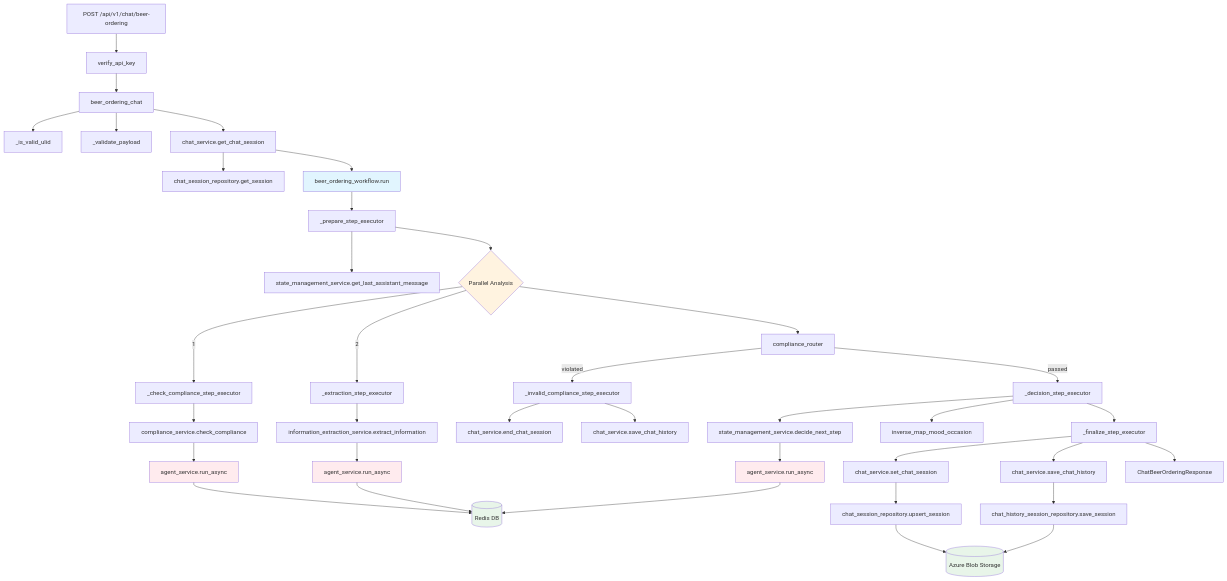
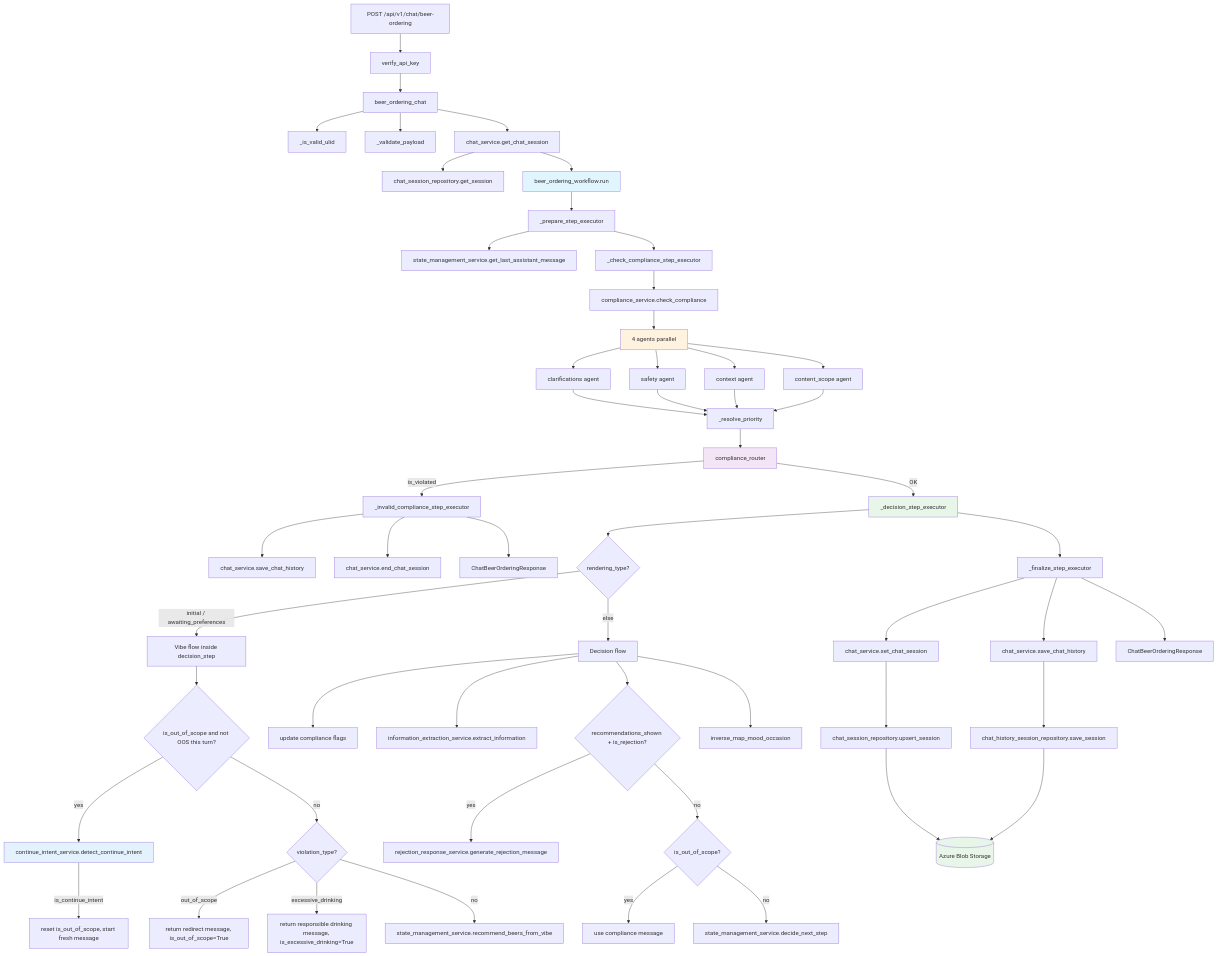
Before and after one commit to theAbyssOfTime2004/myVault: the second of 2 diagrams in 10_Projects/12_TigerTribe_Intern/BrewBuddy SmartTap Overview.md, drawn with Mermaid. The commit also changed other lines of this file and 1 other file, not shown here.

````diff
--- a/10_Projects/12_TigerTribe_Intern/BrewBuddy SmartTap Overview.md
+++ b/10_Projects/12_TigerTribe_Intern/BrewBuddy SmartTap Overview.md
@@ -41,61 +106,115 @@
 ```mermaid
+
 graph TD
-    Start[POST /api/v1/chat/beer-ordering] --> Verify[verify_api_key]
-    Verify --> BeerOrderingChat[beer_ordering_chat]
-    
-    BeerOrderingChat --> ValidateULID[_is_valid_ulid]
-    BeerOrderingChat --> ValidatePayload[_validate_payload]
-    
-    BeerOrderingChat --> GetSession[chat_service.get_chat_session]
-    GetSession --> GetSessionRepo[chat_session_repository.get_session]
-    
-    GetSession --> WorkflowRun[beer_ordering_workflow.run]
-    
-    WorkflowRun --> Prepare[_prepare_step_executor]
-    Prepare --> GetLastMsg[state_management_service.get_last_assistant_message]
-    
-    Prepare --> Parallel{Parallel Analysis}
-    
-    Parallel -->|1| ComplianceStep[_check_compliance_step_executor]
-    Parallel -->|2| ExtractStep[_extraction_step_executor]
-    
-    ComplianceStep --> CheckCompliance[compliance_service.check_compliance]
-    ExtractStep --> ExtractInfo[information_extraction_service.extract_information]
-    
-    CheckCompliance --> CompAgent[agent_service.run_async]
-    ExtractInfo --> ExtrAgent[agent_service.run_async]
-    
-    Parallel --> Router[compliance_router]
-    
-    Router -->|violated| InvalidStep[_invalid_compliance_step_executor]
-    Router -->|passed| DecisionStep[_decision_step_executor]
-    
-    InvalidStep --> EndSession[chat_service.end_chat_session]
-    InvalidStep --> SaveHistory1[chat_service.save_chat_history]
-    
-    DecisionStep --> DecideNext[state_management_service.decide_next_step]
-    DecideNext --> StateAgent[agent_service.run_async]
-    
-    DecisionStep --> InverseMap[inverse_map_mood_occasion]
-    
-    DecisionStep --> Finalize[_finalize_step_executor]
-    
-    Finalize --> SetSession[chat_service.set_chat_session]
-    Finalize --> SaveHistory2[chat_service.save_chat_history]
-    
-    SetSession --> UpsertSession[chat_session_repository.upsert_session]
-    SaveHistory2 --> SaveHistoryRepo[chat_history_session_repository.save_session]
-    
-    CompAgent & ExtrAgent & StateAgent --> Redis[(Redis DB)]
-    UpsertSession & SaveHistoryRepo --> Blob[(Azure Blob Storage)]
-    
-    Finalize --> Response[ChatBeerOrderingResponse]
-    
-    style WorkflowRun fill:#e1f5fe
-    style Parallel fill:#fff3e0
-    style CompAgent fill:#ffebee
-    style ExtrAgent fill:#ffebee
-    style StateAgent fill:#ffebee
-    style Redis fill:#e8f5e9
-    style Blob fill:#e8f5e9
+
+Start[POST /api/v1/chat/beer-ordering] --> Verify[verify_api_key]
+
+Verify --> BeerOrderingChat[beer_ordering_chat]
+
+BeerOrderingChat --> ValidateULID[_is_valid_ulid]
+
+BeerOrderingChat --> ValidatePayload[_validate_payload]
+
+BeerOrderingChat --> GetSession[chat_service.get_chat_session]
+
+GetSession --> GetSessionRepo[chat_session_repository.get_session]
+
+GetSession --> WorkflowRun[beer_ordering_workflow.run]
+
+WorkflowRun --> Prepare[_prepare_step_executor]
+
+Prepare --> GetLastMsg[state_management_service.get_last_assistant_message]
+
+Prepare --> ComplianceStep[_check_compliance_step_executor]
+
+ComplianceStep --> CheckCompliance[compliance_service.check_compliance]
+
+CheckCompliance --> CompParallel[4 agents parallel]
+
+CompParallel --> ClarAgent[clarifications agent]
+
+CompParallel --> SafetyAgent[safety agent]
+
+CompParallel --> ContextAgent[context agent]
+
+CompParallel --> ContentScopeAgent[content_scope agent]
+
+ClarAgent & SafetyAgent & ContextAgent & ContentScopeAgent --> ResolvePriority[_resolve_priority]
+
+ResolvePriority --> Router[compliance_router]
+
+Router -->|is_violated| InvalidStep[_invalid_compliance_step_executor]
+
+Router -->|OK| DecisionStep[_decision_step_executor]
+
+InvalidStep --> SaveHistory1[chat_service.save_chat_history]
+
+InvalidStep --> EndSession[chat_service.end_chat_session]
+
+InvalidStep --> ResponseInvalid[ChatBeerOrderingResponse]
+
+DecisionStep --> Branch{rendering_type?}
+
+Branch -->|initial / awaiting_preferences| VibeFlow[Vibe flow inside decision_step]
+
+Branch -->|else| DecisionFlow[Decision flow]
+
+VibeFlow --> CheckContinue{is_out_of_scope and not OOS this turn?}
+
+CheckContinue -->|yes| ContinueIntent[continue_intent_service.detect_continue_intent]
+
+CheckContinue -->|no| CheckOOS{violation_type?}
+
+CheckOOS -->|out_of_scope| RedirectOOS[return redirect message, is_out_of_scope=True]
+
+CheckOOS -->|excessive_drinking| RedirectExcessive[return responsible drinking message, is_excessive_drinking=True]
+
+CheckOOS -->|no| RecommendBeers[state_management_service.recommend_beers_from_vibe]
+
+ContinueIntent -->|is_continue_intent| ResetOOS[reset is_out_of_scope, start fresh message]
+
+DecisionFlow --> UpdateFlags[update compliance flags]
+
+DecisionFlow --> ExtractInfo[information_extraction_service.extract_information]
+
+DecisionFlow --> RejectionCheck{recommendations_shown + is_rejection?}
+
+RejectionCheck -->|yes| RejectionMsg[rejection_response_service.generate_rejection_message]
+
+RejectionCheck -->|no| OOSInDecision{is_out_of_scope?}
+
+OOSInDecision -->|yes| UseComplianceMsg[use compliance message]
+
+OOSInDecision -->|no| DecideNext[state_management_service.decide_next_step]
+
+DecisionFlow --> InverseMap[inverse_map_mood_occasion]
+
+DecisionStep --> Finalize[_finalize_step_executor]
+
+Finalize --> SetSession[chat_service.set_chat_session]
+
+Finalize --> SaveHistory2[chat_service.save_chat_history]
+
+SetSession --> UpsertSession[chat_session_repository.upsert_session]
+
+SaveHistory2 --> SaveHistoryRepo[chat_history_session_repository.save_session]
+
+UpsertSession --> Blob[(Azure Blob Storage)]
+
+SaveHistoryRepo --> Blob
+
+Finalize --> Response[ChatBeerOrderingResponse]
+
+style WorkflowRun fill:#e1f5fe
+
+style Router fill:#f3e5f5
+
+style DecisionStep fill:#e8f5e9
+
+style CompParallel fill:#fff3e0
+
+style ContinueIntent fill:#e3f2fd
+
+style Blob fill:#e8f5e9
+
 ```
````
